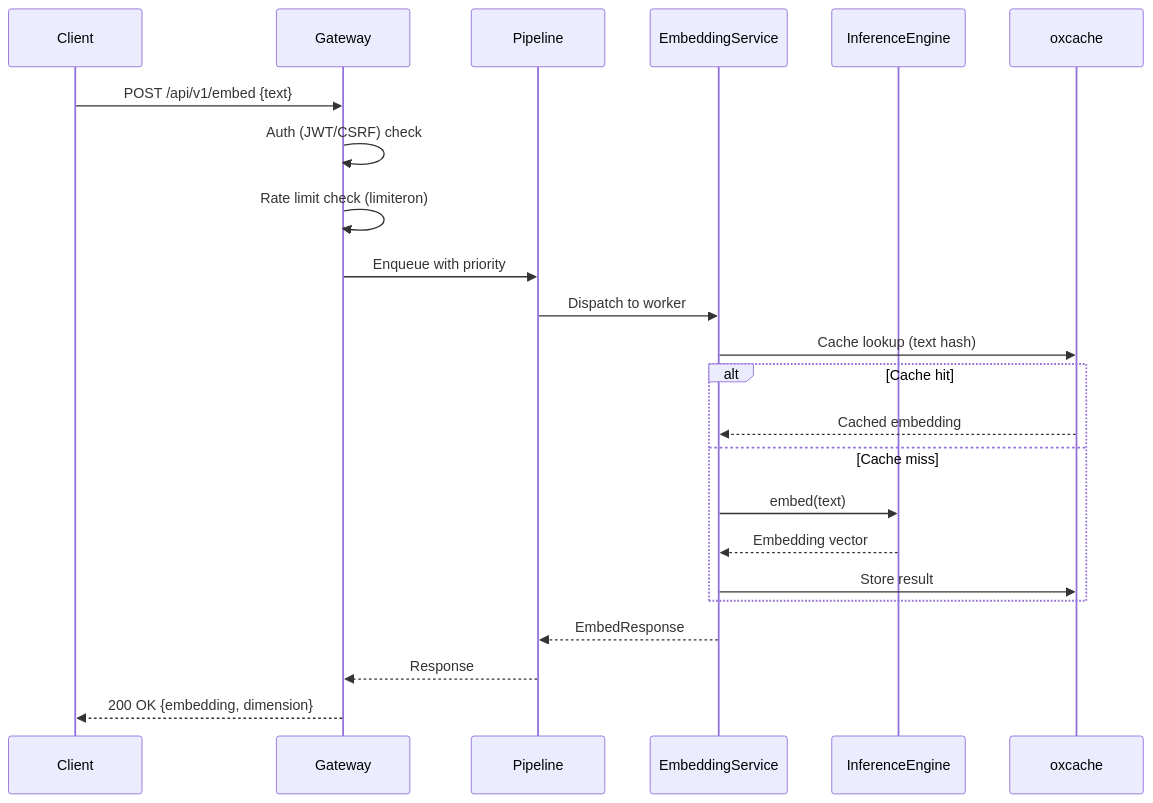
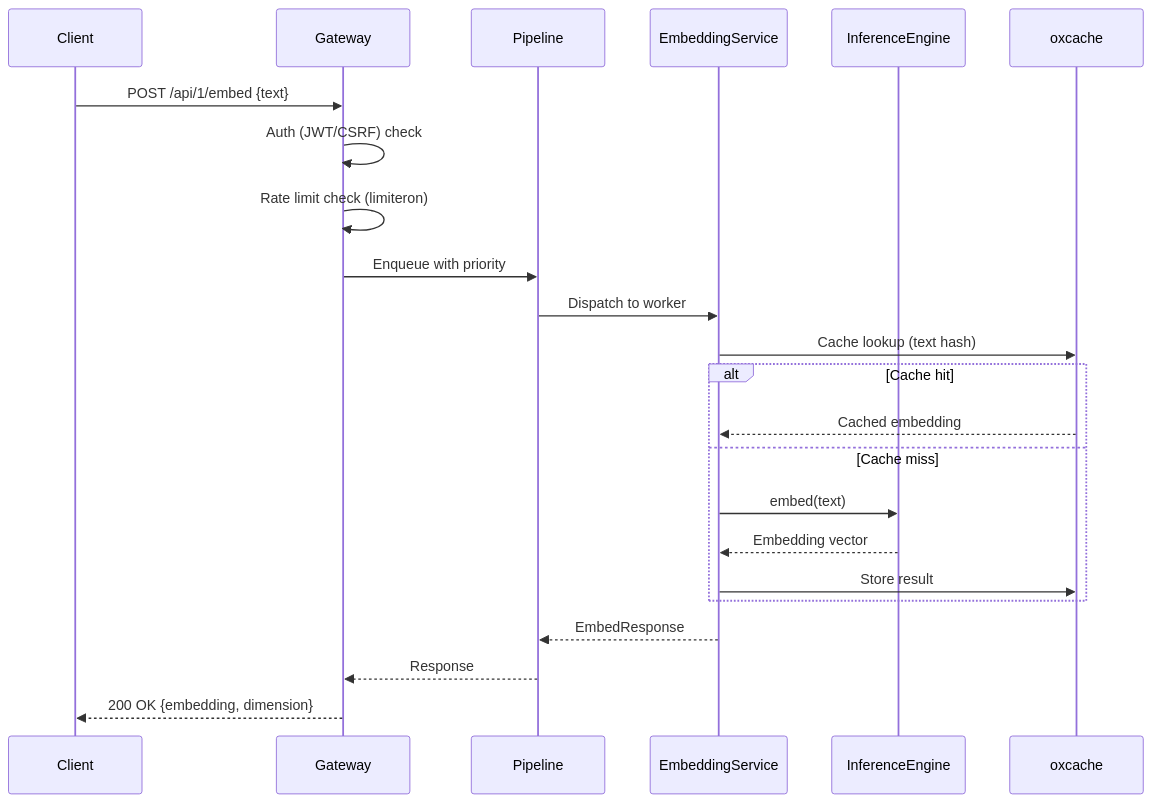
The sixth of 7 diagrams in docs/ARCHITECTURE.md (Kirky-X/vecboost), drawn with Mermaid before and after one commit. The commit also changed 23 other files, not shown here.

````diff
--- a/docs/ARCHITECTURE.md
+++ b/docs/ARCHITECTURE.md
@@ -369,26 +369,26 @@
 ```mermaid
 sequenceDiagram
     participant C as Client
     participant G as Gateway
     participant P as Pipeline
     participant S as EmbeddingService
     participant E as InferenceEngine
     participant Cache as oxcache
 
-    C->>G: POST /api/v1/embed {text}
+    C->>G: POST /api/1/embed {text}
     G->>G: Auth (JWT/CSRF) check
     G->>G: Rate limit check (limiteron)
     G->>P: Enqueue with priority
     P->>S: Dispatch to worker
     S->>Cache: Cache lookup (text hash)
     alt Cache hit
         Cache-->>S: Cached embedding
     else Cache miss
         S->>E: embed(text)
         E-->>S: Embedding vector
         S->>Cache: Store result
     end
     S-->>P: EmbedResponse
     P-->>G: Response
     G-->>C: 200 OK {embedding, dimension}
 ```
````
